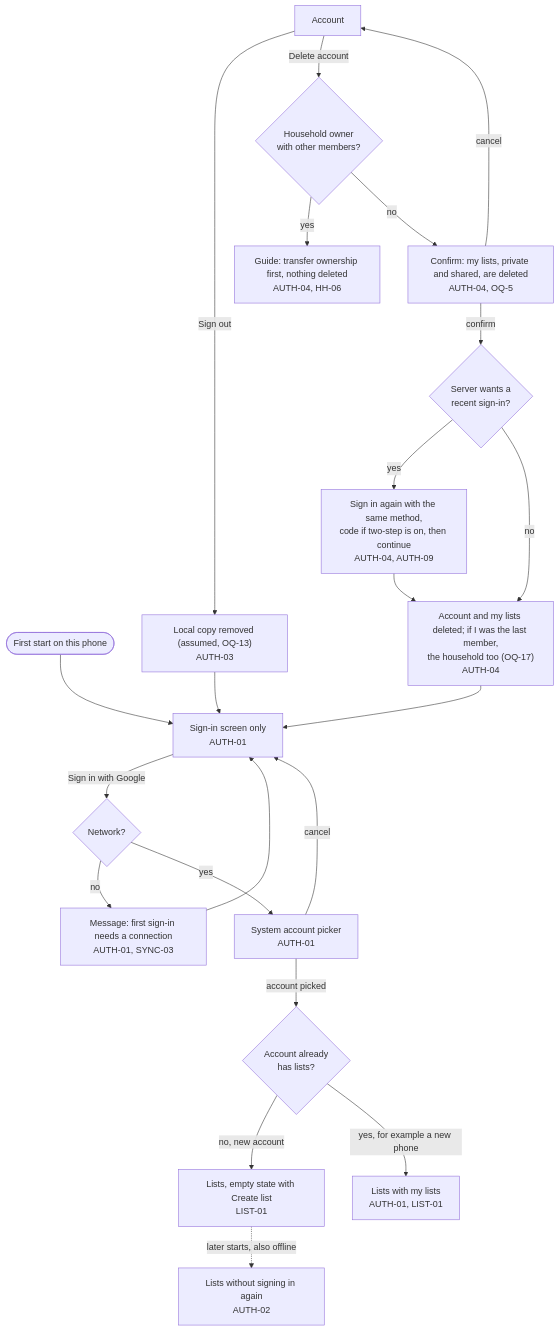
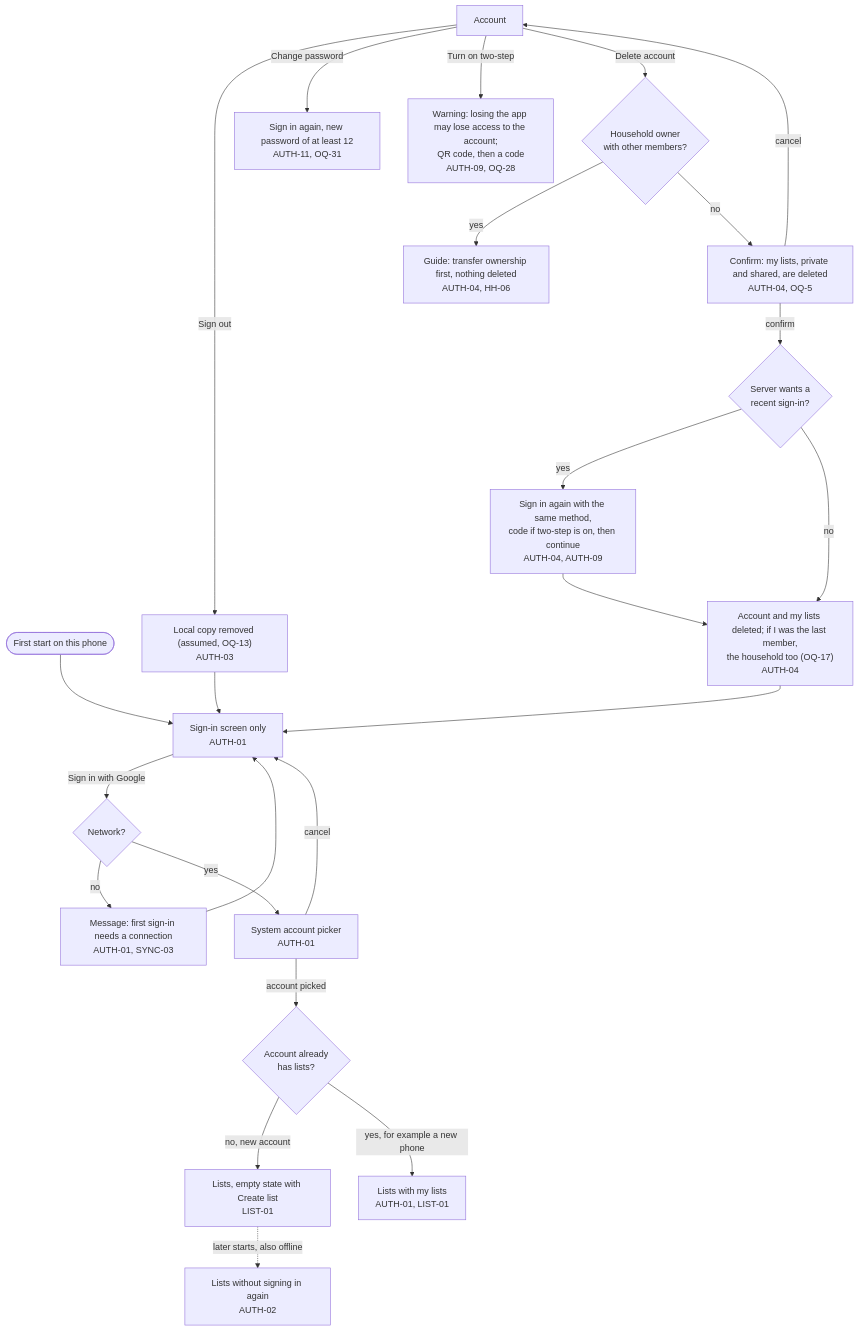
The second of 11 diagrams in docs/product/flow.md (bondo/listicles2), drawn with Mermaid before and after one commit. The commit also changed other lines of this file and 1 other file, not shown here.

````diff
--- a/docs/product/flow.md
+++ b/docs/product/flow.md
@@ -58,20 +58,22 @@
 ```mermaid
 flowchart TD
     open(["First start on this phone"]) --> si["Sign-in screen only<br>AUTH-01"]
     si -- "Sign in with Google" --> net{"Network?"}
     net -- "no" --> nonet["Message: first sign-in needs a connection<br>AUTH-01, SYNC-03"] --> si
     net -- "yes" --> picker["System account picker<br>AUTH-01"]
     picker -- "cancel" --> si
     picker -- "account picked" --> known{"Account already<br>has lists?"}
     known -- "no, new account" --> home["Lists, empty state with Create list<br>LIST-01"]
     known -- "yes, for example a new phone" --> mine["Lists with my lists<br>AUTH-01, LIST-01"]
     home -. "later starts, also offline" .-> home2["Lists without signing in again<br>AUTH-02"]
     acc["Account"] -- "Sign out" --> wipe["Local copy removed (assumed, OQ-13)<br>AUTH-03"] --> si
+    acc -- "Change password" --> chpw["Sign in again, new password of at least 12<br>AUTH-11, OQ-31"]
+    acc -- "Turn on two-step" --> warn["Warning: losing the app may lose access to the account;<br>QR code, then a code<br>AUTH-09, OQ-28"]
     acc -- "Delete account" --> owner{"Household owner<br>with other members?"}
     owner -- "yes" --> transfer["Guide: transfer ownership first, nothing deleted<br>AUTH-04, HH-06"]
     owner -- "no" --> confirm["Confirm: my lists, private and shared, are deleted<br>AUTH-04, OQ-5"]
     confirm -- "cancel" --> acc
     confirm -- "confirm" --> reauth{"Server wants a<br>recent sign-in?"}
     reauth -- "yes" --> again["Sign in again with the same method,<br>code if two-step is on, then continue<br>AUTH-04, AUTH-09"] --> gone
     reauth -- "no" --> gone["Account and my lists deleted; if I was the last member,<br>the household too (OQ-17)<br>AUTH-04"] --> si
 ```
````
